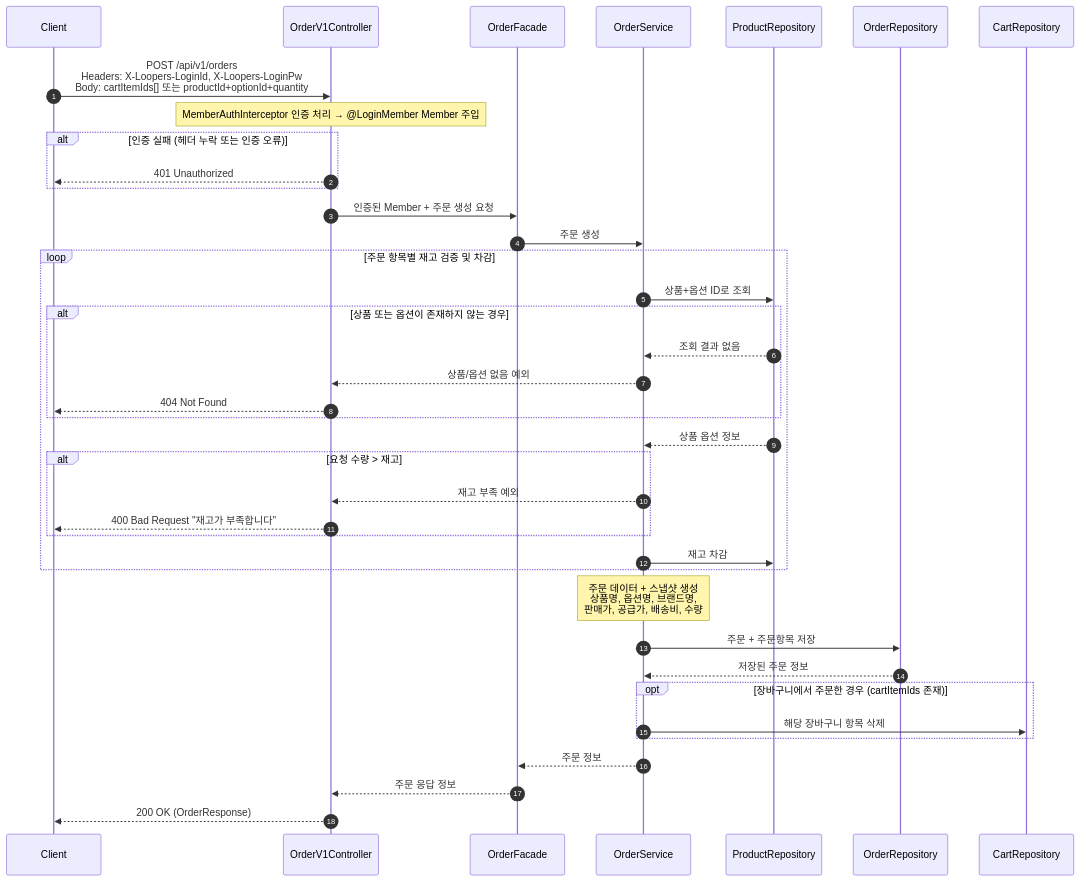
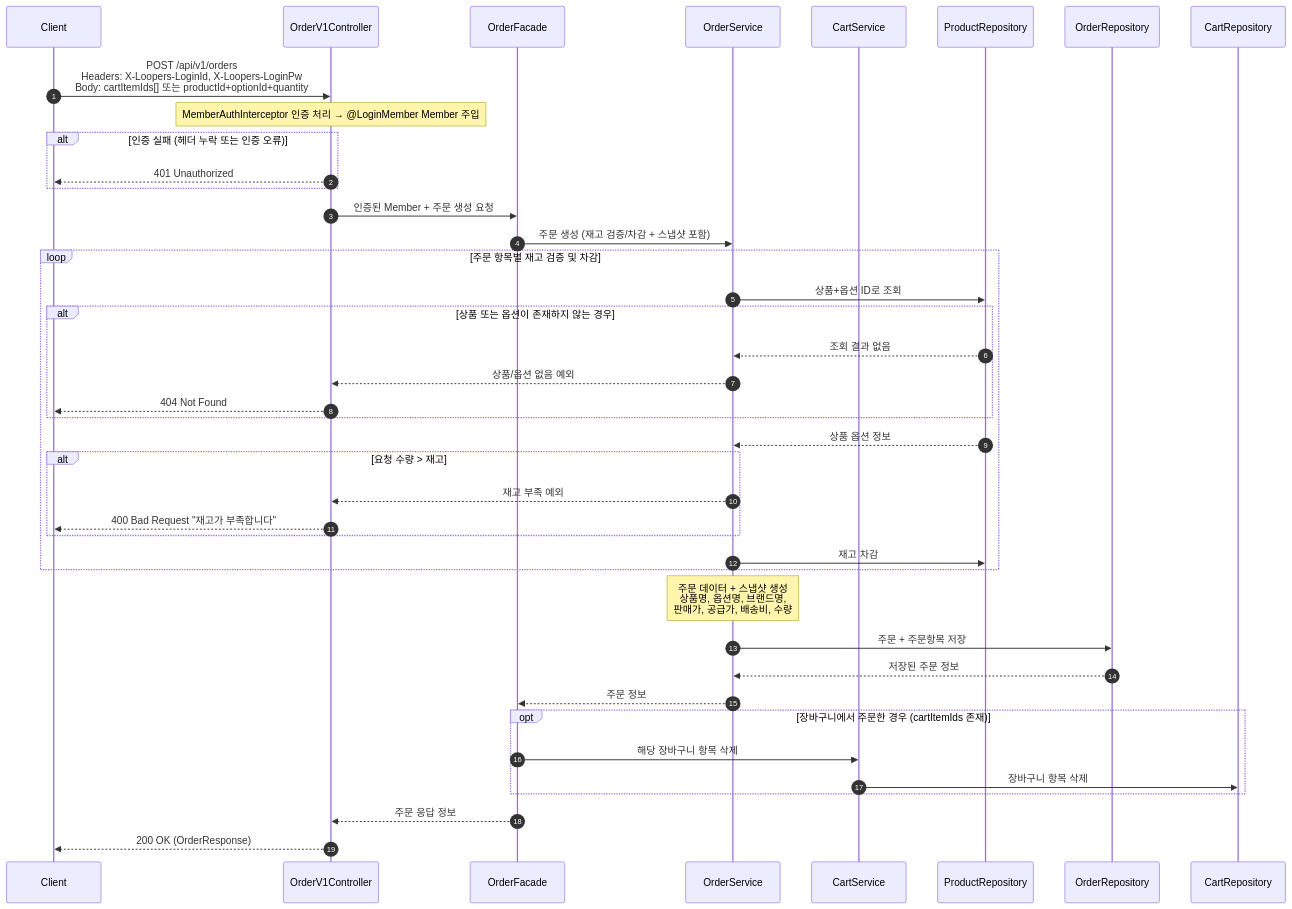
Before and after one commit to jsj1215/loop-pack-be-l2-vol3-java: the eighth of 20 diagrams in docs/design/02-sequence-diagrams.md, drawn with Mermaid. The commit also changed other lines of this file and 1 other file, not shown here.

````diff
--- a/docs/design/02-sequence-diagrams.md
+++ b/docs/design/02-sequence-diagrams.md
@@ -334,53 +334,55 @@
 ```mermaid
 sequenceDiagram
     autonumber
     participant Client
     participant Controller as OrderV1Controller
     participant Facade as OrderFacade
     participant OrderService as OrderService
+    participant CartService as CartService
     participant ProductRepository as ProductRepository
     participant OrderRepository as OrderRepository
     participant CartRepository as CartRepository
 
     Client->>Controller: POST /api/v1/orders<br/>Headers: X-Loopers-LoginId, X-Loopers-LoginPw<br/>Body: cartItemIds[] 또는 productId+optionId+quantity
 
     Note over Controller: MemberAuthInterceptor 인증 처리 → @LoginMember Member 주입
     alt 인증 실패 (헤더 누락 또는 인증 오류)
         Controller-->>Client: 401 Unauthorized
     end
 
     Controller->>Facade: 인증된 Member + 주문 생성 요청
-    Facade->>OrderService: 주문 생성
+    Facade->>OrderService: 주문 생성 (재고 검증/차감 + 스냅샷 포함)
 
     loop 주문 항목별 재고 검증 및 차감
         OrderService->>ProductRepository: 상품+옵션 ID로 조회
 
         alt 상품 또는 옵션이 존재하지 않는 경우
             ProductRepository-->>OrderService: 조회 결과 없음
             OrderService-->>Controller: 상품/옵션 없음 예외
             Controller-->>Client: 404 Not Found
         end
 
         ProductRepository-->>OrderService: 상품 옵션 정보
 
         alt 요청 수량 > 재고
             OrderService-->>Controller: 재고 부족 예외
             Controller-->>Client: 400 Bad Request "재고가 부족합니다"
         end
 
         OrderService->>ProductRepository: 재고 차감
     end
 
     Note over OrderService: 주문 데이터 + 스냅샷 생성<br/>상품명, 옵션명, 브랜드명,<br/>판매가, 공급가, 배송비, 수량
 
     OrderService->>OrderRepository: 주문 + 주문항목 저장
     OrderRepository-->>OrderService: 저장된 주문 정보
+    OrderService-->>Facade: 주문 정보
 
     opt 장바구니에서 주문한 경우 (cartItemIds 존재)
-        OrderService->>CartRepository: 해당 장바구니 항목 삭제
+        Facade->>CartService: 해당 장바구니 항목 삭제
+        CartService->>CartRepository: 장바구니 항목 삭제
     end
 
-    OrderService-->>Facade: 주문 정보
     Facade-->>Controller: 주문 응답 정보
     Controller-->>Client: 200 OK (OrderResponse)
 ```
````
